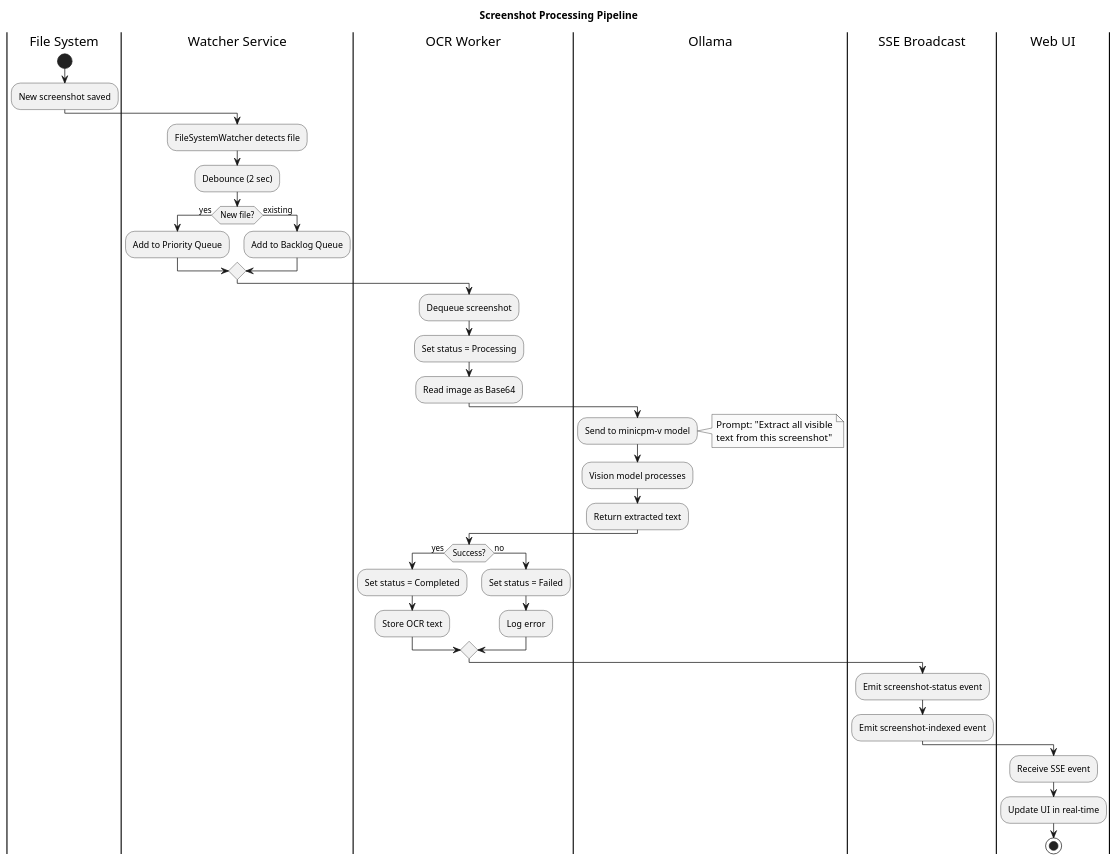
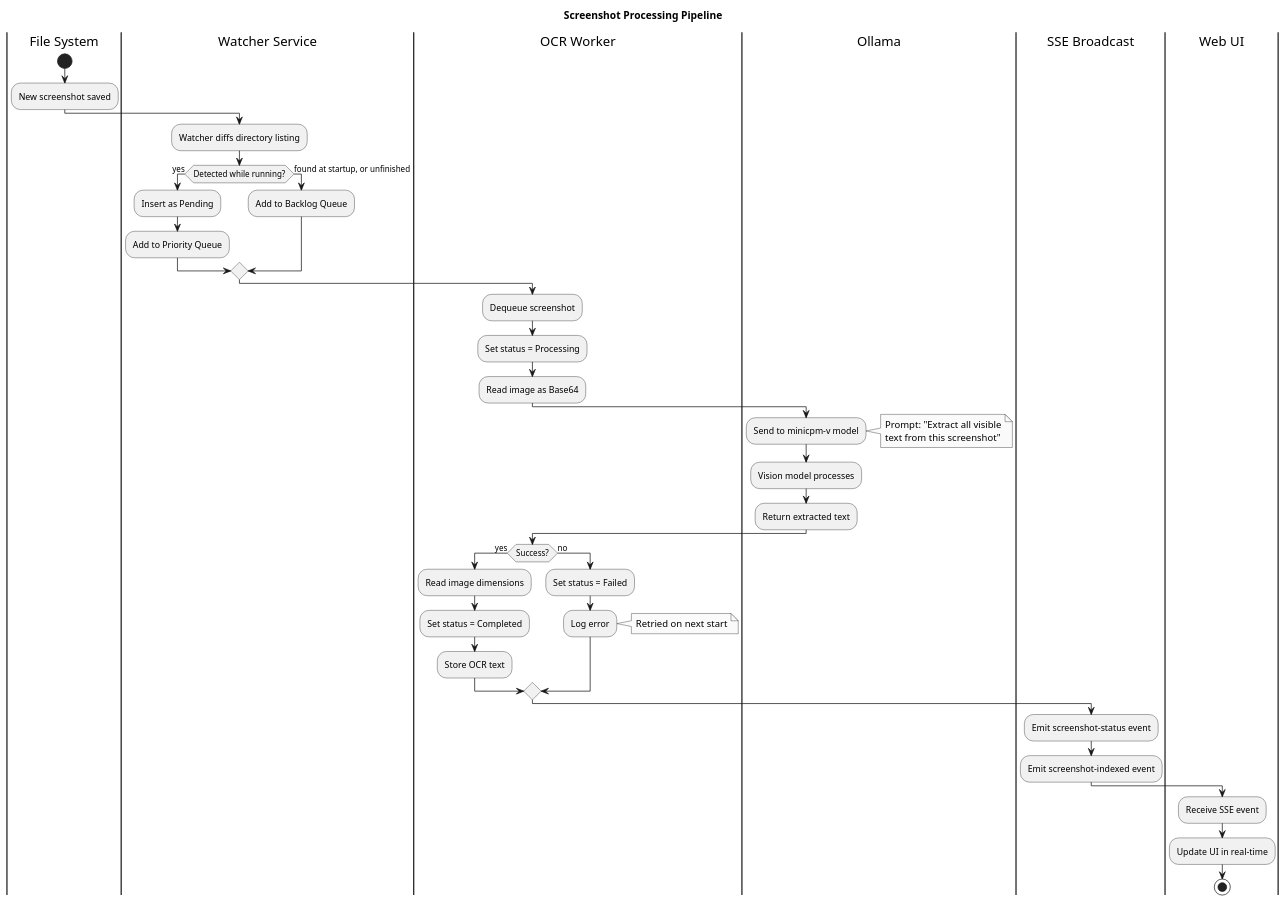
One commit to cillierscharl/glimpse changed the diagram in architecture/data-flow.puml. Above: the diagram before and after it, drawn with PlantUML. The commit also changed 33 other files, not shown here.

```diff
--- a/architecture/data-flow.puml
+++ b/architecture/data-flow.puml
@@ -1,54 +1,56 @@
 @startuml Screenshot Processing Flow
 skinparam monochrome true
 skinparam shadowing false
 skinparam defaultFontName monospace
 
 title Screenshot Processing Pipeline
 
 |File System|
 start
 :New screenshot saved;
 
 |Watcher Service|
-:FileSystemWatcher detects file;
-:Debounce (2 sec);
+:Watcher diffs directory listing;
 
-if (New file?) then (yes)
+if (Detected while running?) then (yes)
+  :Insert as Pending;
   :Add to Priority Queue;
-else (existing)
+else (found at startup, or unfinished)
   :Add to Backlog Queue;
 endif
 
 |OCR Worker|
 :Dequeue screenshot;
 :Set status = Processing;
 :Read image as Base64;
 
 |Ollama|
 :Send to minicpm-v model;
 note right
   Prompt: "Extract all visible
   text from this screenshot"
 end note
 :Vision model processes;
 :Return extracted text;
 
 |OCR Worker|
 if (Success?) then (yes)
+  :Read image dimensions;
   :Set status = Completed;
   :Store OCR text;
 else (no)
   :Set status = Failed;
   :Log error;
+  note right: Retried on next start
 endif
 
 |SSE Broadcast|
 :Emit screenshot-status event;
 :Emit screenshot-indexed event;
 
 |Web UI|
 :Receive SSE event;
 :Update UI in real-time;
 stop
 
 @enduml
```
